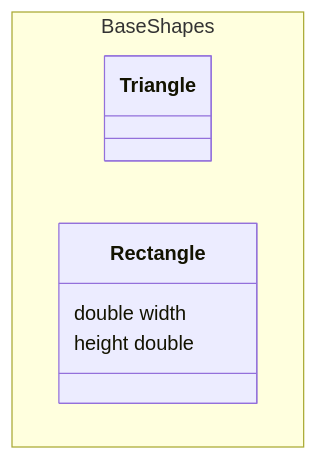
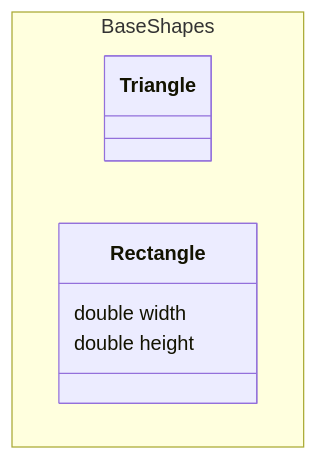
Diagram 14 of 25 in docs/syntax/classDiagram.md (mermaid-js/mermaid), drawn with Mermaid before and after one commit. The commit also changed other lines of this file, not shown here.

````diff
--- a/docs/syntax/classDiagram.md
+++ b/docs/syntax/classDiagram.md
@@ -443,10 +441,10 @@
 ```mermaid
 classDiagram
 namespace BaseShapes {
     class Triangle
     class Rectangle {
       double width
-      height double
+      double height
     }
 }
 ```
````
